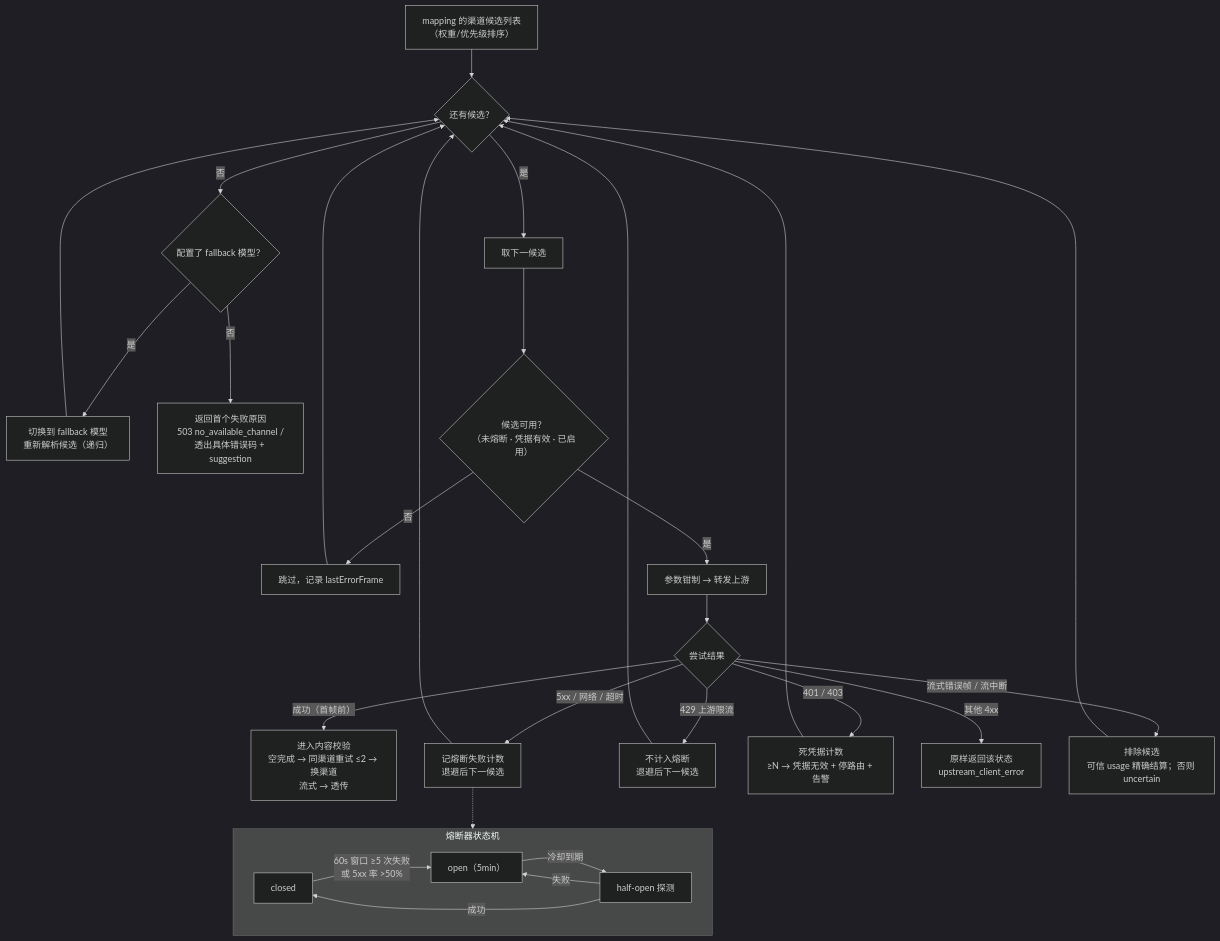
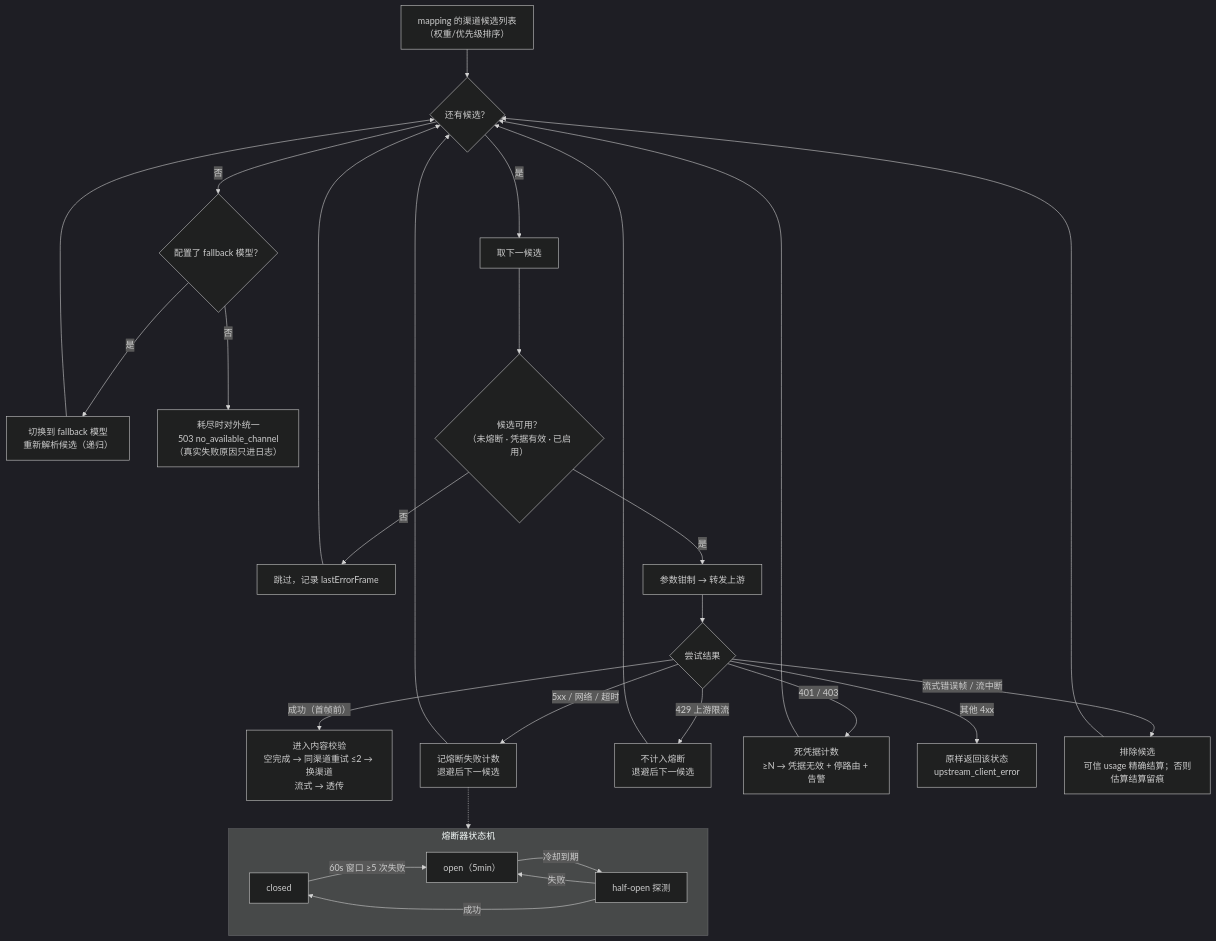
One commit to renxqoo/Tillgate changed the sixth of 8 diagrams in docs/architecture.md. Above: the diagram before and after it, drawn with Mermaid (dark theme). The commit also changed other lines of this file and 13 other files, not shown here.

````diff
--- a/docs/architecture.md
+++ b/docs/architecture.md
@@ -213,36 +224,36 @@
 ```mermaid
 flowchart TD
     START["mapping 的渠道候选列表<br/>（权重/优先级排序）"] --> CHK{"还有候选？"}
 
     CHK -->|"否"| FB1{"配置了 fallback 模型？"}
     FB1 -->|"是"| FB2["切换到 fallback 模型<br/>重新解析候选（递归）"]
     FB2 --> CHK
-    FB1 -->|"否"| FAIL["返回首个失败原因<br/>503 no_available_channel /<br/>透出具体错误码 + suggestion"]
+    FB1 -->|"否"| FAIL["耗尽时对外统一<br/>503 no_available_channel<br/>（真实失败原因只进日志）"]
 
     CHK -->|"是"| C1["取下一候选"]
     C1 --> C2{"候选可用？<br/>（未熔断 · 凭据有效 · 已启用）"}
     C2 -->|"否"| SKIP["跳过，记录 lastErrorFrame"]
     C2 -->|"是"| C3["参数钳制 → 转发上游"]
 
     C3 --> C4{"尝试结果"}
     C4 -->|"成功（首帧前）"| DONE["进入内容校验<br/>空完成 → 同渠道重试 ≤2 → 换渠道<br/>流式 → 透传"]
     C4 -->|"5xx / 网络 / 超时"| R1["记熔断失败计数<br/>退避后下一候选"]
     C4 -->|"429 上游限流"| R2["不计入熔断<br/>退避后下一候选"]
     C4 -->|"401 / 403"| R3["死凭据计数<br/>≥N → 凭据无效 + 停路由 + 告警"]
     C4 -->|"其他 4xx"| R4["原样返回该状态<br/>upstream_client_error"]
-    C4 -->|"流式错误帧 / 流中断"| R5["排除候选<br/>可信 usage 精确结算；否则 uncertain"]
+    C4 -->|"流式错误帧 / 流中断"| R5["排除候选<br/>可信 usage 精确结算；否则估算结算留痕"]
 
     R1 --> CHK
     R2 --> CHK
     R3 --> CHK
     R5 --> CHK
     SKIP --> CHK
 
     subgraph BRK["熔断器状态机"]
-        B1["closed"] -->|"60s 窗口 ≥5 次失败<br/>或 5xx 率 >50%"| B2["open（5min）"]
+        B1["closed"] -->|"60s 窗口 ≥5 次失败"| B2["open（5min）"]
         B2 -->|"冷却到期"| B3["half-open 探测"]
         B3 -->|"成功"| B1
         B3 -->|"失败"| B2
     end
     R1 -.-> BRK
 ```
````
